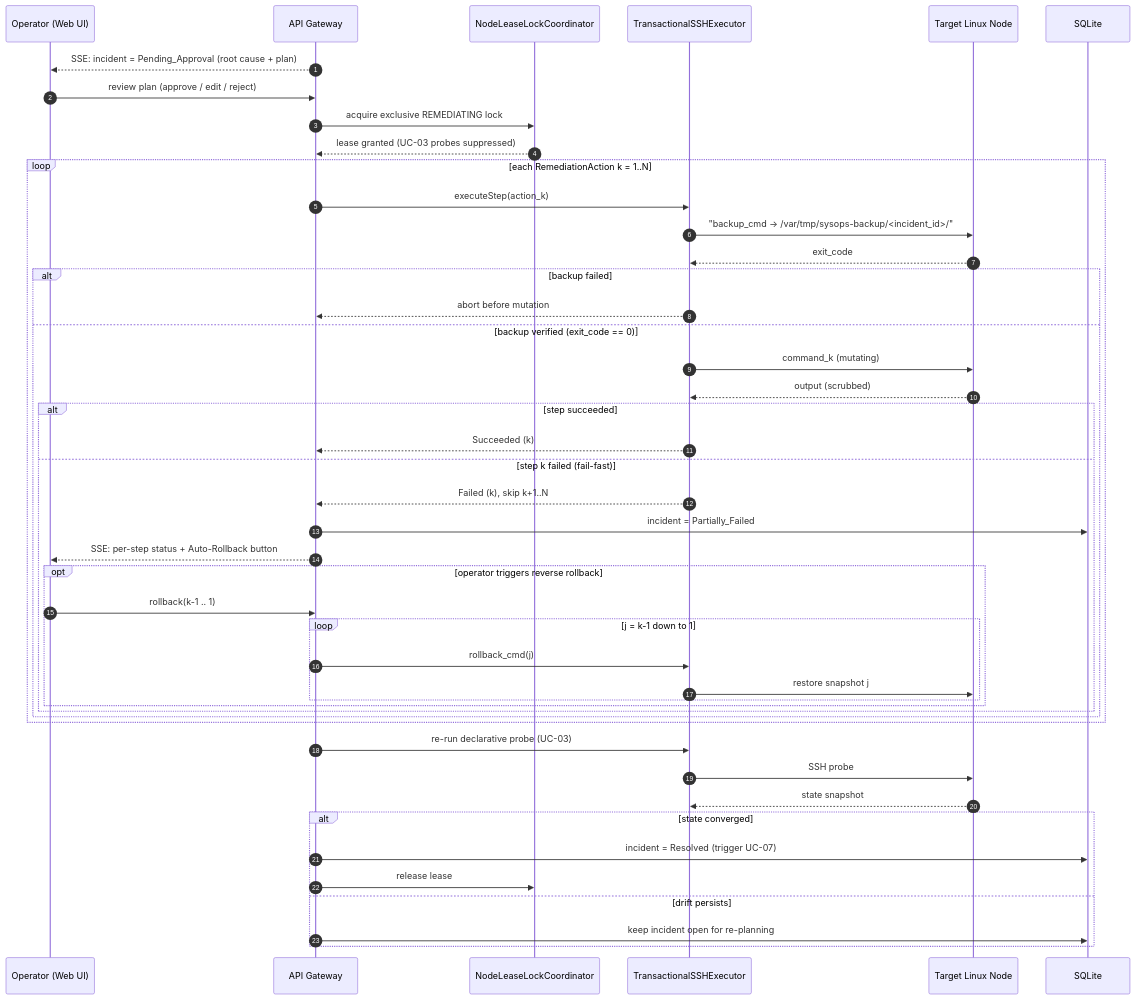
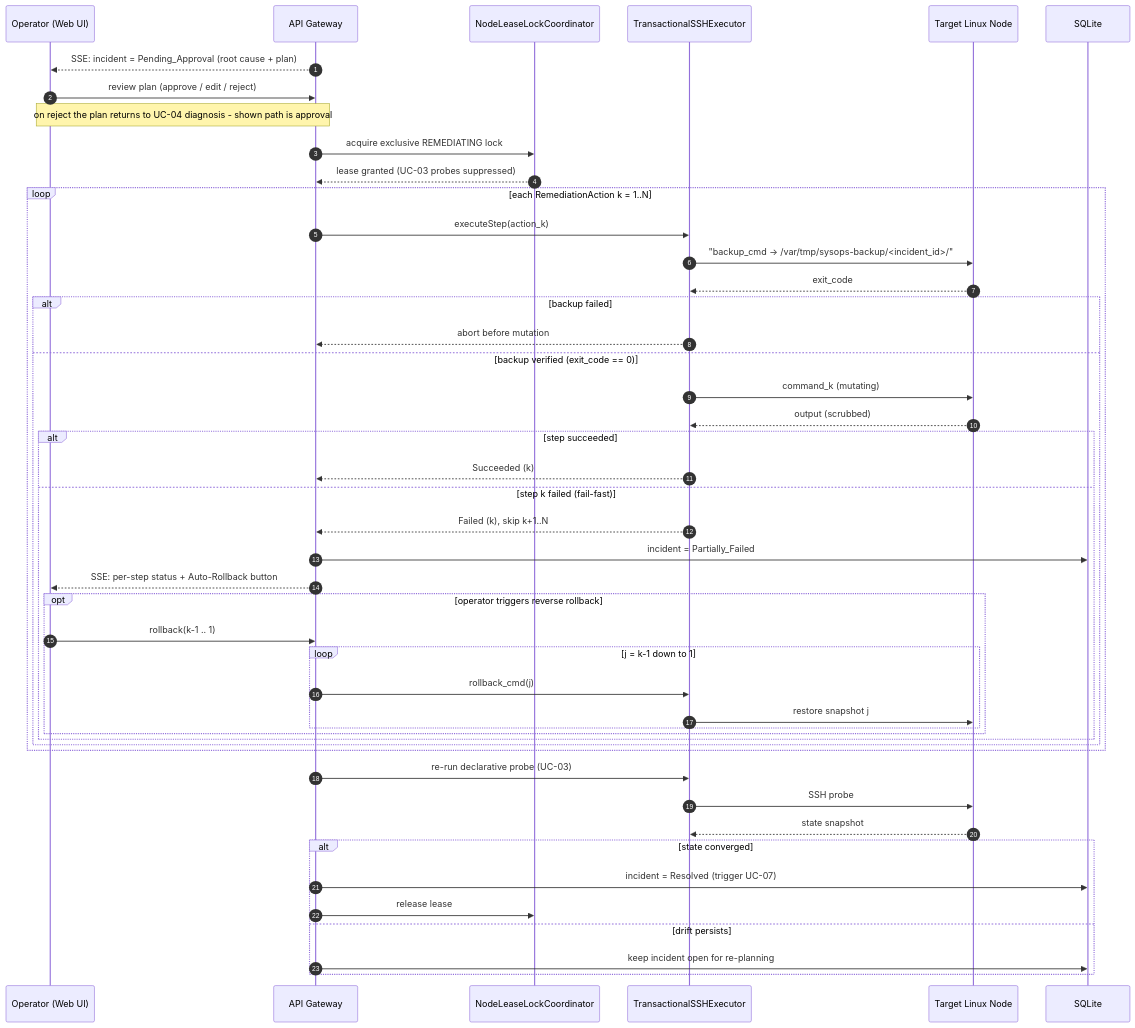
Before and after one commit to crane-fog/SAD-Proj: the seventh of 7 diagrams in hw2/design.md, drawn with Mermaid. The commit also changed other lines of this file, not shown here.

Commit message:
fix(hw2): correct UC-04 dispatch target, unify Queued_On_Lock spelling, fix rollback state transition, add reject-path note

````diff
--- a/hw2/design.md
+++ b/hw2/design.md
@@ -436,49 +437,50 @@
 ```mermaid
 sequenceDiagram
     autonumber
     participant O as Operator (Web UI)
     participant API as API Gateway
     participant C as NodeLeaseLockCoordinator
     participant E as TransactionalSSHExecutor
     participant N as Target Linux Node
     participant DB as SQLite
 
     API-->>O: SSE: incident = Pending_Approval (root cause + plan)
     O->>API: review plan (approve / edit / reject)
+    note over O, API: on reject the plan returns to UC-04 diagnosis - shown path is approval
     API->>C: acquire exclusive REMEDIATING lock
     C-->>API: lease granted (UC-03 probes suppressed)
     loop each RemediationAction k = 1..N
         API->>E: executeStep(action_k)
         E->>N: "backup_cmd -> /var/tmp/sysops-backup/<incident_id>/"
         N-->>E: exit_code
         alt backup failed
             E-->>API: abort before mutation
         else backup verified (exit_code == 0)
             E->>N: command_k (mutating)
             N-->>E: output (scrubbed)
             alt step succeeded
                 E-->>API: Succeeded (k)
             else step k failed (fail-fast)
                 E-->>API: Failed (k), skip k+1..N
                 API->>DB: incident = Partially_Failed
                 API-->>O: SSE: per-step status + Auto-Rollback button
                 opt operator triggers reverse rollback
                     O->>API: rollback(k-1 .. 1)
                     loop j = k-1 down to 1
                         API->>E: rollback_cmd(j)
                         E->>N: restore snapshot j
                     end
                 end
             end
         end
     end
     API->>E: re-run declarative probe (UC-03)
     E->>N: SSH probe
     N-->>E: state snapshot
     alt state converged
         API->>DB: incident = Resolved (trigger UC-07)
         API->>C: release lease
     else drift persists
         API->>DB: keep incident open for re-planning
     end
 ```
````
